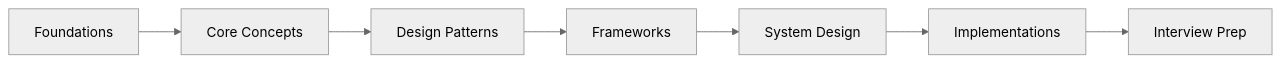
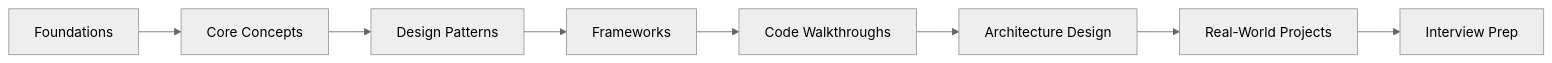
Before and after one commit to spawn08/agentic-ai-interview-kit: the diagram in docs/index.md, drawn with Mermaid (neutral theme). The commit also changed other lines of this file and 51 other files, not shown here.

First line of the commit message:
Restructure system design into Architecture Design + Real-World Projects

````diff
--- a/docs/index.md
+++ b/docs/index.md
@@ -65,9 +68,10 @@
 ```mermaid
 graph LR
     A[Foundations] --> B[Core Concepts]
     B --> C[Design Patterns]
     C --> D[Frameworks]
-    D --> E[System Design]
-    E --> F[Implementations]
-    F --> G[Interview Prep]
+    D --> E[Code Walkthroughs]
+    E --> F[Architecture Design]
+    F --> G[Real-World Projects]
+    G --> H[Interview Prep]
 ```
````
